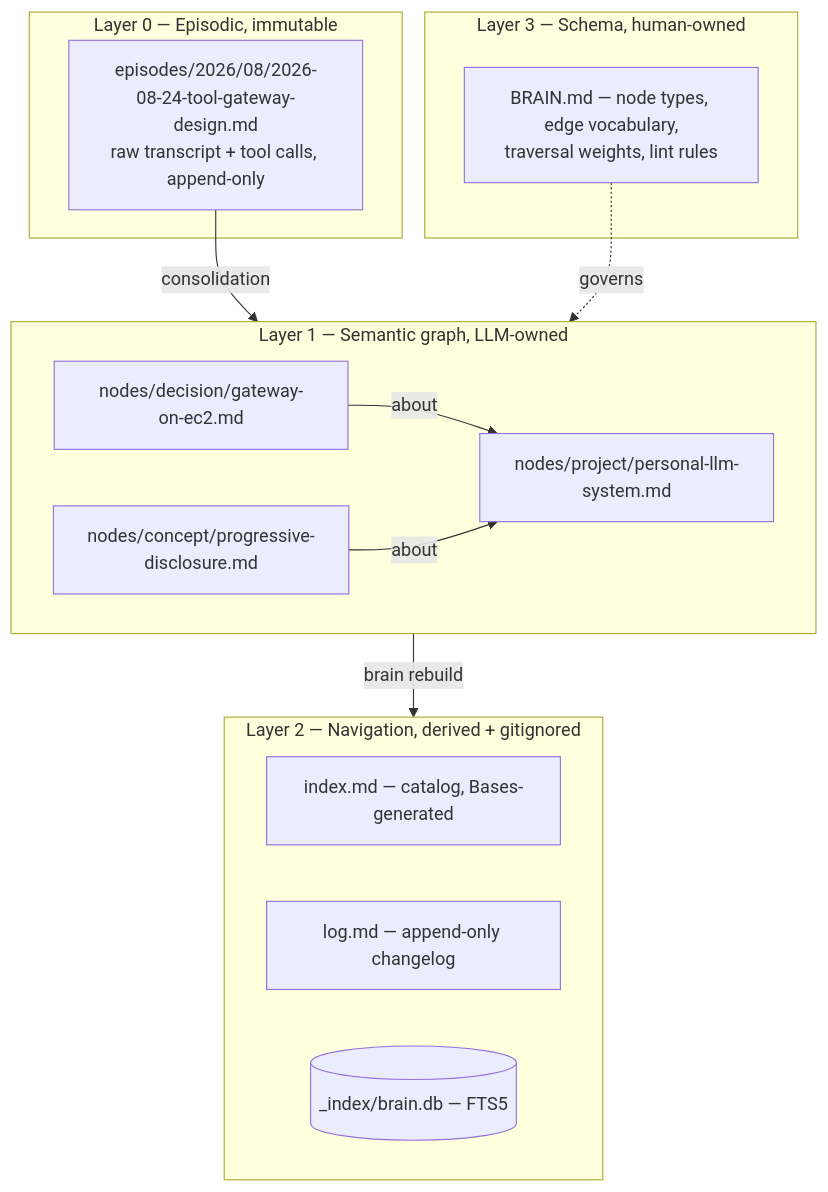
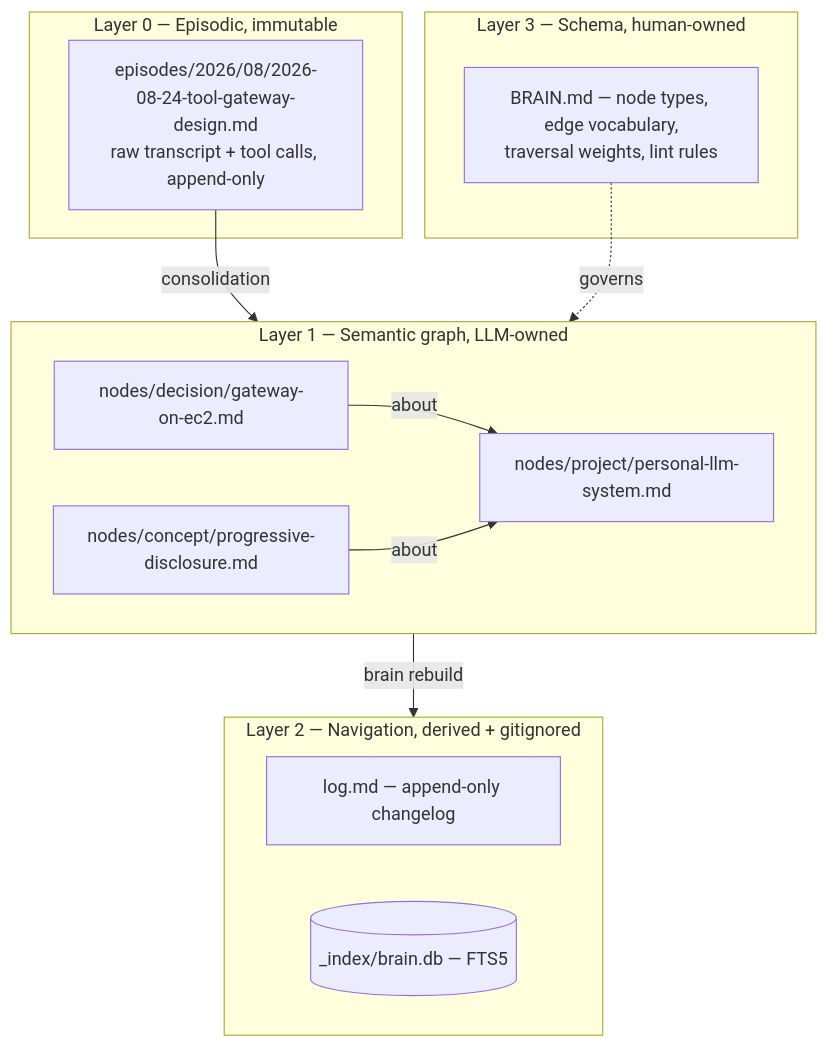
Before and after one commit to mars-flat/brain: the first of 2 diagrams in architecture/05-brain-model.md, drawn with Mermaid. The commit also changed other lines of this file and 23 other files, not shown here.

````diff
--- a/architecture/05-brain-model.md
+++ b/architecture/05-brain-model.md
@@ -11,25 +11,24 @@
 ```mermaid
 flowchart TB
     subgraph L0["Layer 0 — Episodic, immutable"]
         EP["episodes/2026/08/2026-08-24-tool-gateway-design.md<br/>raw transcript + tool calls, append-only"]
     end
     subgraph L1["Layer 1 — Semantic graph, LLM-owned"]
         N1["nodes/decision/gateway-on-ec2.md"]
         N2["nodes/project/personal-llm-system.md"]
         N3["nodes/concept/progressive-disclosure.md"]
         N1 -->|about| N2
         N3 -->|about| N2
     end
     subgraph L2["Layer 2 — Navigation, derived + gitignored"]
-        IDXM["index.md — catalog, Bases-generated"]
         LOG["log.md — append-only changelog"]
         DB[("_index/brain.db — FTS5")]
     end
     subgraph L3["Layer 3 — Schema, human-owned"]
         SCH["BRAIN.md — node types, edge vocabulary,<br/>traversal weights, lint rules"]
     end
 
     EP -->|consolidation| L1
     L1 -->|"brain rebuild"| L2
     SCH -.->|governs| L1
 ```
````
